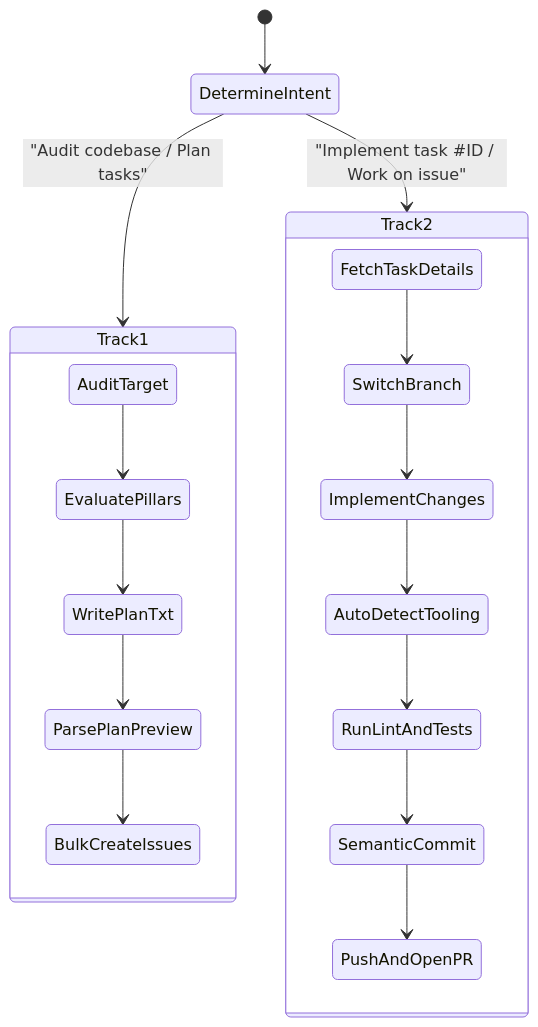
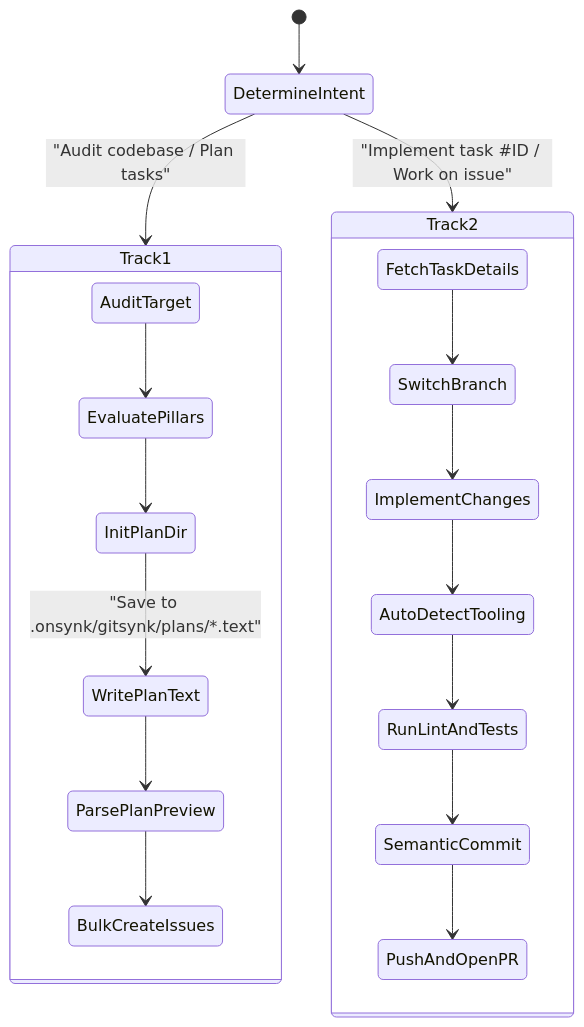
Before and after one commit to onsynk/gitsynk: the second of 2 diagrams in SKILL.md, drawn with Mermaid. The commit also changed other lines of this file and 5 other files, not shown here.

Commit message:
feat(plan): configure plan creation at .onsynk/gitsynk/plans/*.text

````diff
--- a/SKILL.md
+++ b/SKILL.md
@@ -236,23 +255,24 @@
 ```mermaid
 stateDiagram-v2
     [*] --> DetermineIntent
 
     DetermineIntent --> Track1: "Audit codebase / Plan tasks"
     DetermineIntent --> Track2: "Implement task #ID / Work on issue"
 
     state Track1 {
         AuditTarget --> EvaluatePillars
-        EvaluatePillars --> WritePlanTxt
-        WritePlanTxt --> ParsePlanPreview
+        EvaluatePillars --> InitPlanDir
+        InitPlanDir --> WritePlanText: "Save to .onsynk/gitsynk/plans/*.text"
+        WritePlanText --> ParsePlanPreview
         ParsePlanPreview --> BulkCreateIssues
     }
 
     state Track2 {
         FetchTaskDetails --> SwitchBranch
         SwitchBranch --> ImplementChanges
         ImplementChanges --> AutoDetectTooling
         AutoDetectTooling --> RunLintAndTests
         RunLintAndTests --> SemanticCommit
         SemanticCommit --> PushAndOpenPR
     }
 ```
````
